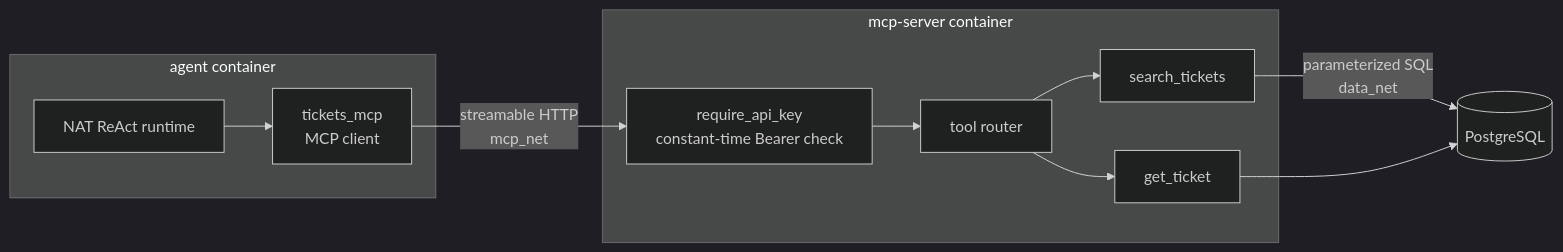
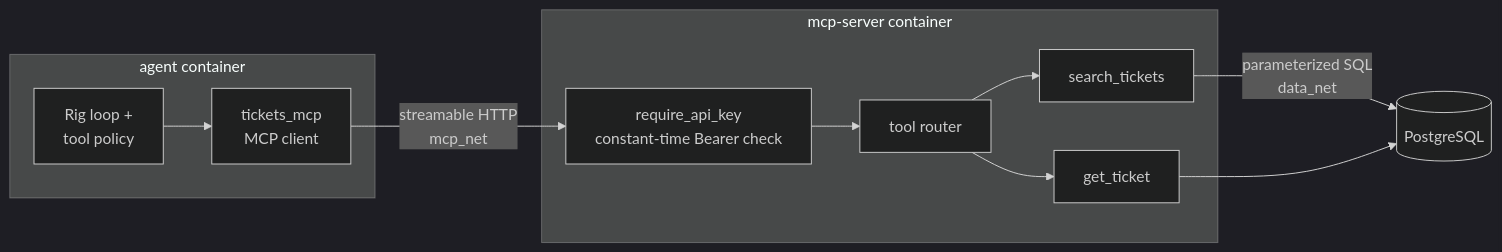
One commit to cognokratos/simple-agent-template changed the diagram in docs/concepts/02-tools-and-mcp.md. Above: the diagram before and after it, drawn with Mermaid (dark theme). The commit also changed other lines of this file and 150 other files, not shown here.

````diff
--- a/docs/concepts/02-tools-and-mcp.md
+++ b/docs/concepts/02-tools-and-mcp.md
@@ -79,15 +79,15 @@
 ```mermaid
 flowchart LR
     subgraph agent_net_zone [agent container]
-        RT[NAT ReAct runtime] --> C[tickets_mcp<br/>MCP client]
+        RT[Rig loop +<br/>tool policy] --> C[tickets_mcp<br/>MCP client]
     end
     subgraph mcp_zone [mcp-server container]
         AUTH[require_api_key<br/>constant-time Bearer check] --> R[tool router]
         R --> S[search_tickets]
         R --> G[get_ticket]
     end
     DB[(PostgreSQL)]
     C -->|"streamable HTTP<br/>mcp_net"| AUTH
     S -->|"parameterized SQL<br/>data_net"| DB
     G --> DB
 ```
````
